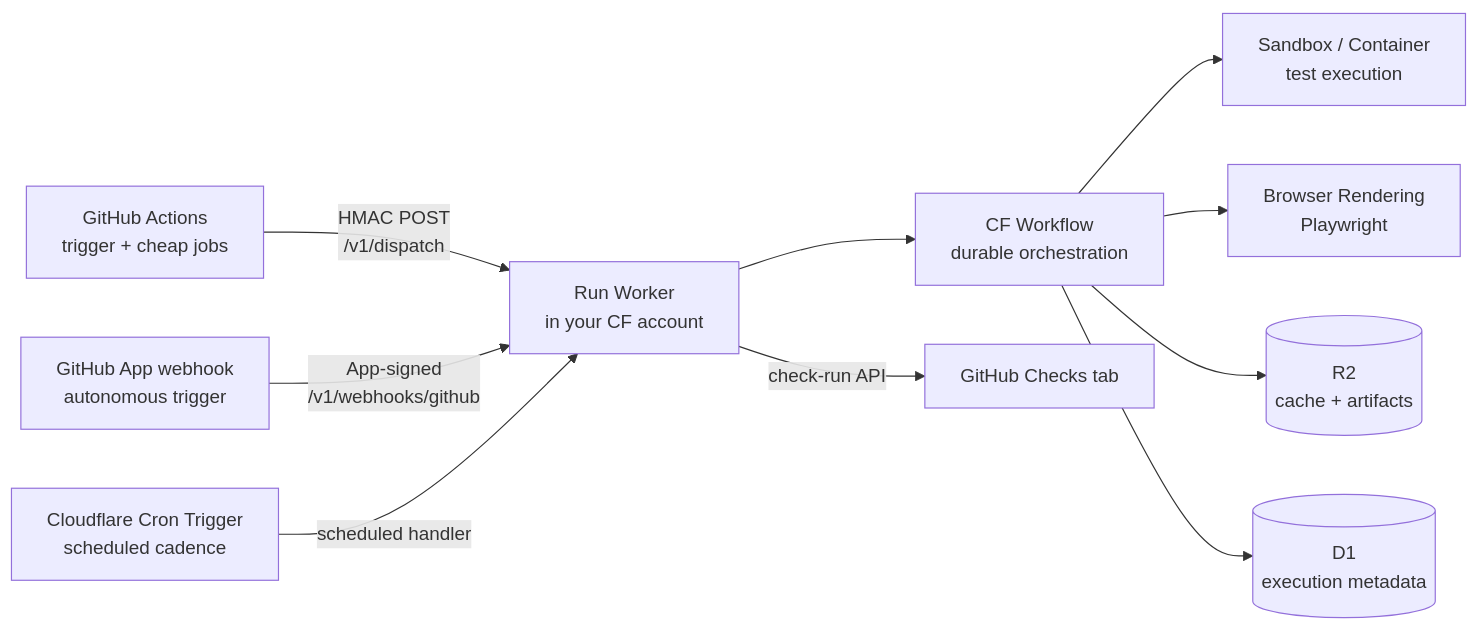
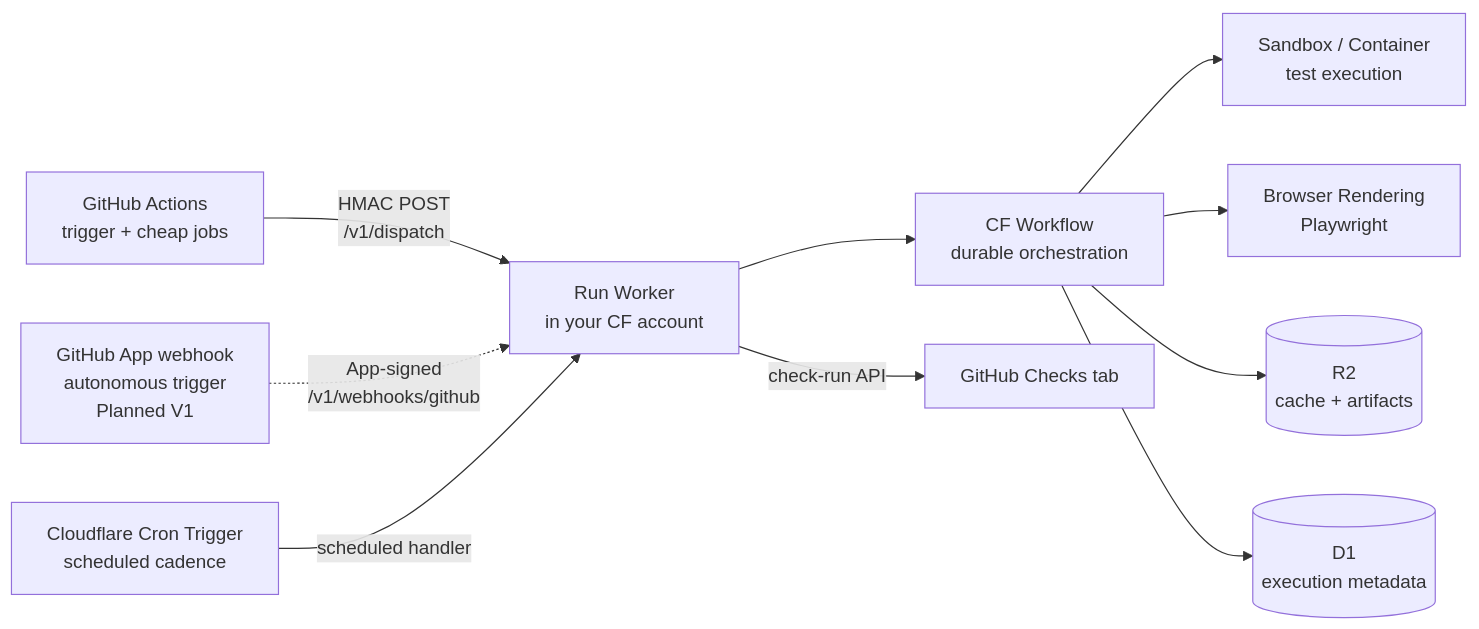
The diagram in specs/PRD.md (OpenHackersClub/flare-dispatch), drawn with Mermaid before and after one commit. The commit also changed other lines of this file and 5 other files, not shown here.

````diff
--- a/specs/PRD.md
+++ b/specs/PRD.md
@@ -48,12 +48,12 @@
 ```mermaid
 flowchart LR
   GHA[GitHub Actions<br/>trigger + cheap jobs] -->|HMAC POST<br/>/v1/dispatch| W[Run Worker<br/>in your CF account]
-  APP[GitHub App webhook<br/>autonomous trigger] -->|App-signed<br/>/v1/webhooks/github| W
+  APP[GitHub App webhook<br/>autonomous trigger<br/>Planned V1] -.->|App-signed<br/>/v1/webhooks/github| W
   CRON[Cloudflare Cron Trigger<br/>scheduled cadence] -->|scheduled handler| W
   W --> WF[CF Workflow<br/>durable orchestration]
   WF --> SB[Sandbox / Container<br/>test execution]
   WF --> BR[Browser Rendering<br/>Playwright]
   WF --> R2[(R2<br/>cache + artifacts)]
   WF --> D1[(D1<br/>execution metadata)]
   W -->|check-run API| GH[GitHub Checks tab]
 ```
````
